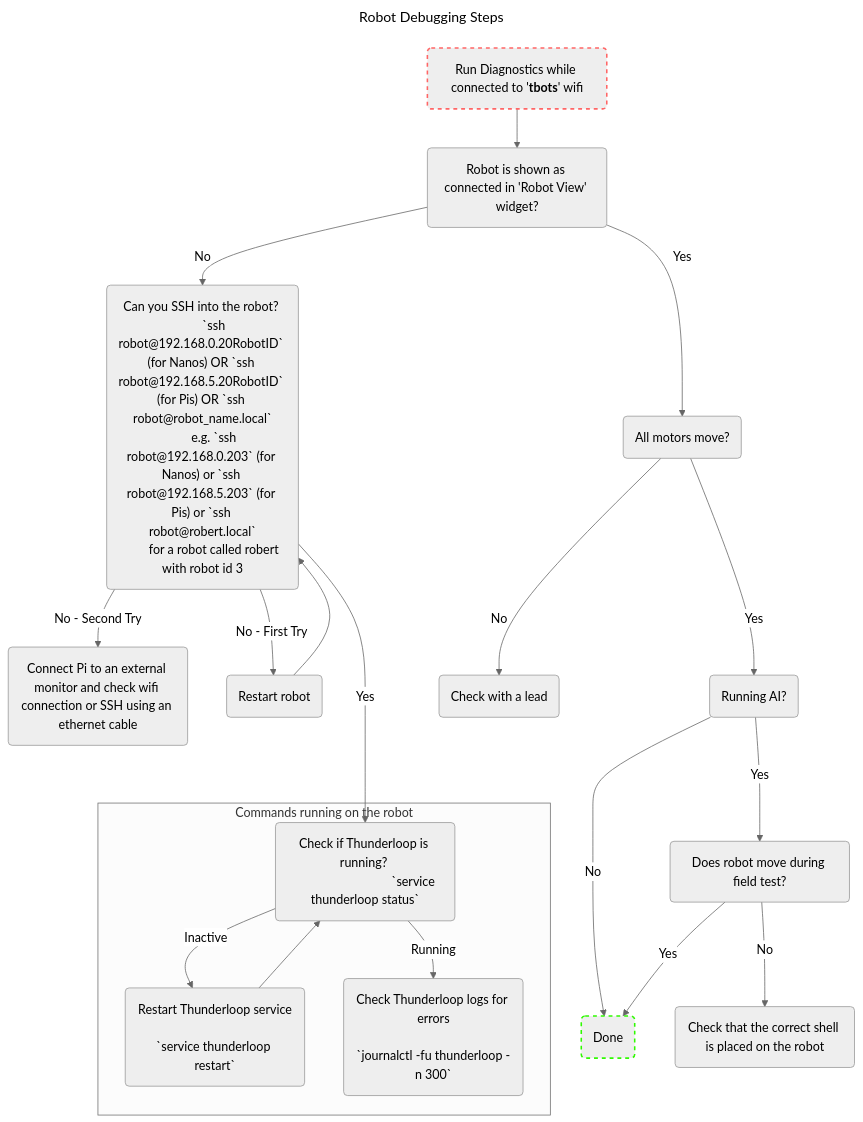
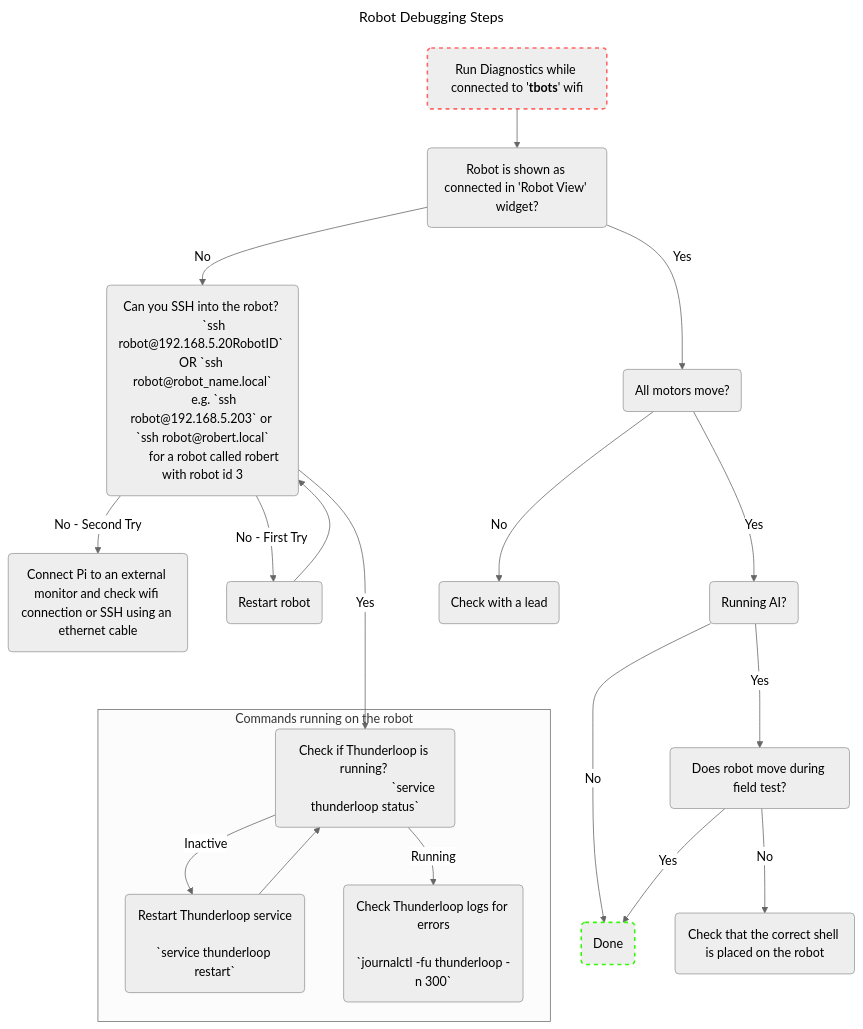
The diagram in docs/useful-robot-commands.md (UBC-Thunderbots/Software), drawn with Mermaid (neutral theme) before and after one commit.

Commit message:
Remove mention of jetson nano in docs

````diff
--- a/docs/useful-robot-commands.md
+++ b/docs/useful-robot-commands.md
@@ -27,40 +27,40 @@
 ```mermaid
 ---
 title: Robot Debugging Steps
 ---
 flowchart TD
     ssh("Can you SSH into the robot? 
-        `ssh robot@192.168.0.20RobotID` (for Nanos) OR `ssh robot@192.168.5.20RobotID` (for Pis) OR `ssh robot@robot_name.local`
-        e.g. `ssh robot@192.168.0.203` (for Nanos) or `ssh robot@192.168.5.203` (for Pis) or `ssh robot@robert.local`
+        `ssh robot@192.168.5.20RobotID` OR `ssh robot@robot_name.local`
+        e.g. `ssh robot@192.168.5.203` or `ssh robot@robert.local`
         for a robot called robert with robot id 3")
     ssh ---> |Yes| tloop_status
     ssh --> |No - Second Try| monitor("Connect Pi to an external monitor and check wifi connection or SSH using an ethernet cable")
     ssh --> |No - First Try| restart(Restart robot)
     restart --> ssh
 
     diagnostics("`Run Diagnostics while connected to '**tbots**' wifi`") --> robot_view
     robot_view(Robot is shown as connected in 'Robot View' widget?) --> |Yes| check_motors(All motors move?)
     style diagnostics stroke:#f66,stroke-width:2px,stroke-dasharray: 5 5
 
     check_motors -->|Yes| field_test(Running AI?)
     field_test -->|No| done(Done)
     style done stroke:#30fa02,stroke-width:2px,stroke-dasharray: 5 5
     field_test -->|Yes| field_test_moves(Does robot move during field test?)
     field_test_moves --> |No| check_shell("`Check that the correct shell is placed on the robot`")
     check_shell
     field_test_moves --> |Yes| done
 
     robot_view --> |No| ssh
     check_motors -->|No| rip
     rip(Check with a lead)
                   
     subgraph ssh_graph [Commands running on the robot]
     tloop_status(Check if Thunderloop is running? 
                                `service thunderloop status`)
     tloop_status --> |Inactive| tloop_restart(Restart Thunderloop service
                                               `service thunderloop restart`)
     tloop_status --> |Running| tloop_logs(Check Thunderloop logs for errors
                                           `journalctl -fu thunderloop -n 300`)
     tloop_restart --> tloop_status
     end
 ```
````
